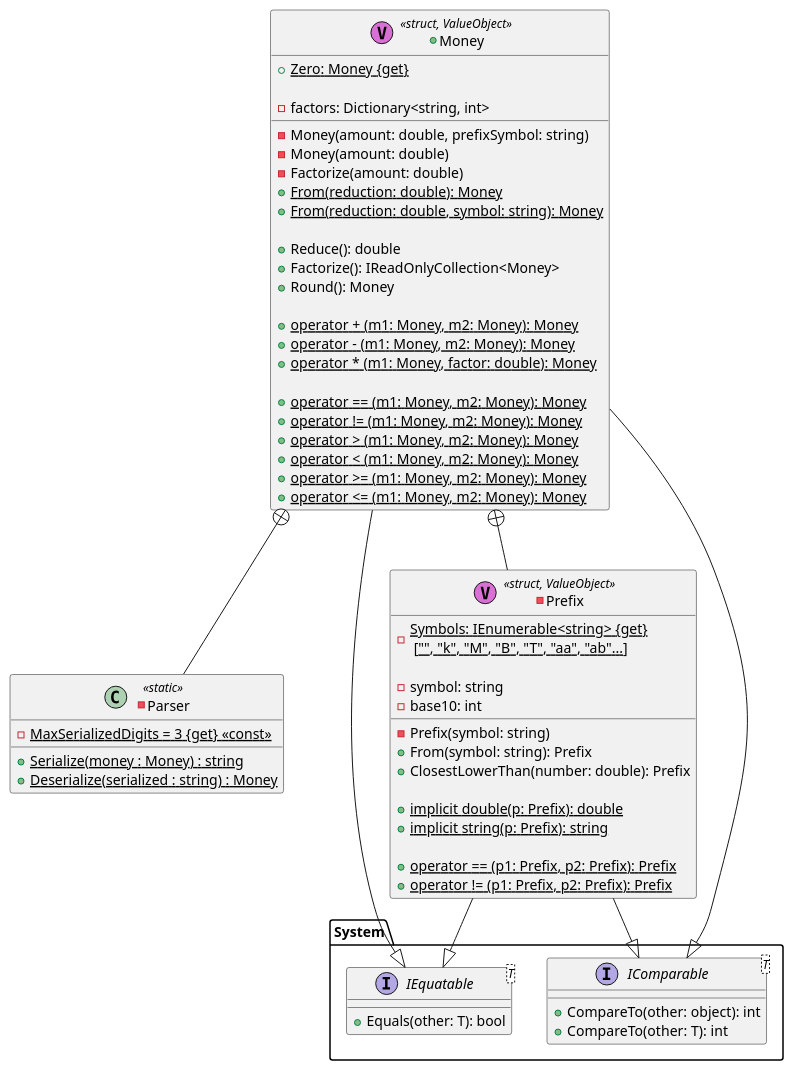
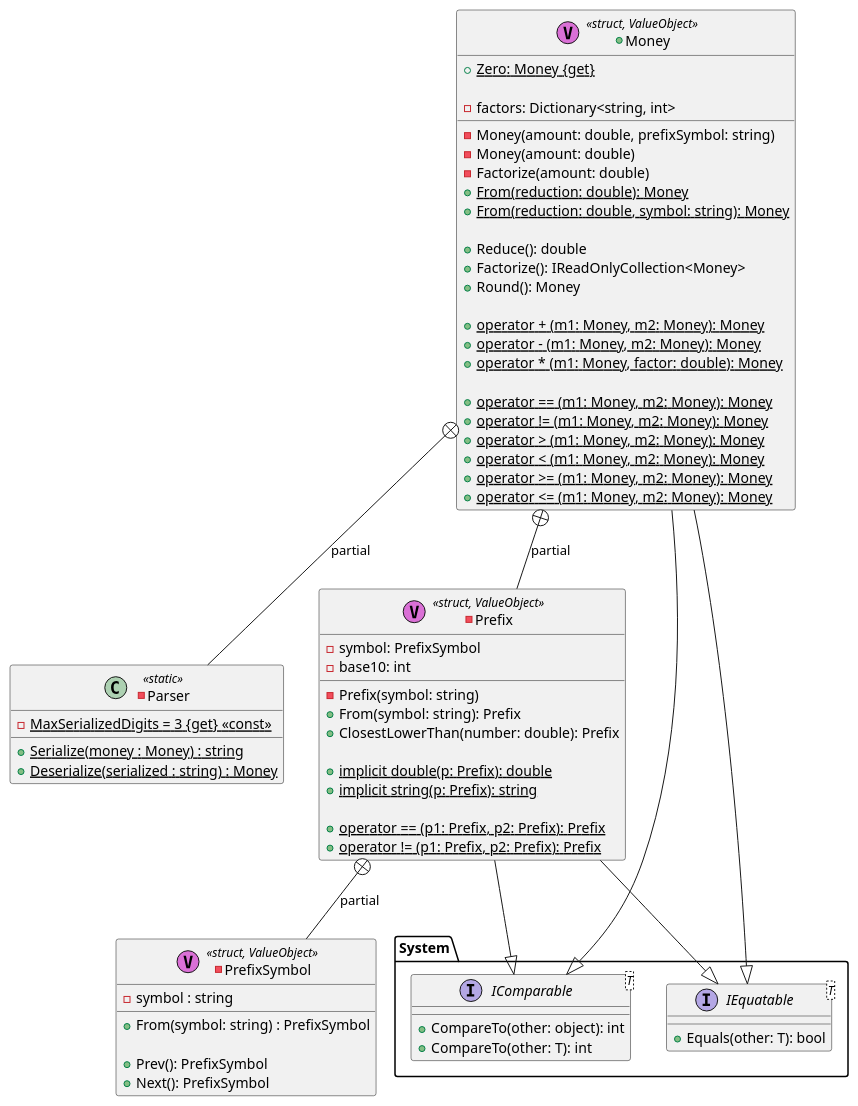
Before and after one commit to RicardoGuzmanVelasco/Kalendra.Idle: the diagram in Documentation/MoneyClasses.puml, drawn with PlantUML. The commit also changed 6 other files, not shown here.

Commit message:
Prev/Next notion in MoneyPrefix, through PrefixSymbol class

```diff
--- a/Documentation/MoneyClasses.puml
+++ b/Documentation/MoneyClasses.puml
@@ -1,77 +1,85 @@
 @startuml
 
 package System
 {
     interface IEquatable<T>
     {
         +Equals(other: T): bool
     }
     interface IComparable
     {
         +CompareTo(other: object): int
     }
     interface IComparable<T>
     {
         +CompareTo(other: T): int
     }
 }
 
 -class Parser <<static>>
 {
     -{static} MaxSerializedDigits = 3 {get} <<const>>
     +{static} Serialize(money : Money) : string
     +{static} Deserialize(serialized : string) : Money
 }
 
+-class PrefixSymbol <<(V,orchid) struct, ValueObject>>
+{
+    -symbol : string
+    
+    +From(symbol: string) : PrefixSymbol
+    
+    +Prev(): PrefixSymbol
+    +Next(): PrefixSymbol
+}
 -class Prefix <<(V,orchid) struct, ValueObject>>
 {
-    -{static} Symbols: IEnumerable<string> {get} \n ["", "k", "M", "B", "T", "aa", "ab"...]
-
-    -symbol: string
+    -symbol: PrefixSymbol
     -base10: int
     
     -Prefix(symbol: string)
     +From(symbol: string): Prefix
     +ClosestLowerThan(number: double): Prefix
     
     +{static} implicit double(p: Prefix): double
     +{static} implicit string(p: Prefix): string
     
     +{static}operator == (p1: Prefix, p2: Prefix): Prefix
     +{static}operator != (p1: Prefix, p2: Prefix): Prefix
 }
+Prefix +-- PrefixSymbol : partial
 Prefix --|> IEquatable
 Prefix --|> IComparable
 
 +class Money <<(V,orchid) struct, ValueObject>>
 {
     +{static} Zero: Money {get}
     
     -factors: Dictionary<string, int>
     
     -Money(amount: double, prefixSymbol: string)
     -Money(amount: double)
     -Factorize(amount: double)   
     +{static} From(reduction: double): Money
     +{static} From(reduction: double, symbol: string): Money
     
     +Reduce(): double
     +Factorize(): IReadOnlyCollection<Money>
     +Round(): Money
     
     +{static}operator + (m1: Money, m2: Money): Money
     +{static}operator - (m1: Money, m2: Money): Money
     +{static}operator * (m1: Money, factor: double): Money
 
     +{static}operator == (m1: Money, m2: Money): Money
     +{static}operator != (m1: Money, m2: Money): Money
     +{static}operator > (m1: Money, m2: Money): Money
     +{static}operator < (m1: Money, m2: Money): Money
     +{static}operator >= (m1: Money, m2: Money): Money
     +{static}operator <= (m1: Money, m2: Money): Money
 }
 Money --|> IEquatable
 Money --|> IComparable
-Money +-- Prefix
-Money +-- Parser
+Money +-- Prefix : partial
+Money +-- Parser : partial
 @enduml
```
